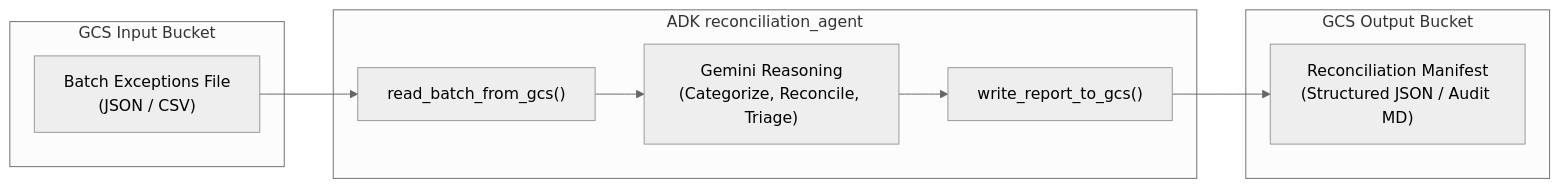
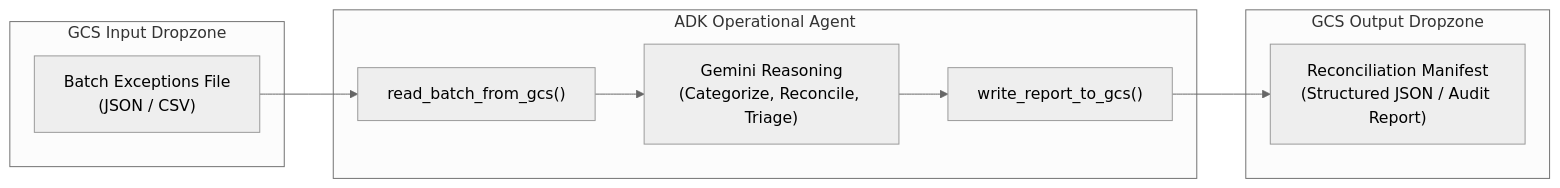
One commit to rodrigo-m/adk-sdlc changed the second of 2 diagrams in documentation/agent-example-rationale.md. Above: the diagram before and after it, drawn with Mermaid (neutral theme). The commit also changed other lines of this file and 56 other files, not shown here.

````diff
--- a/documentation/agent-example-rationale.md
+++ b/documentation/agent-example-rationale.md
@@ -18,18 +63,18 @@
 ```mermaid
 flowchart LR
-    subgraph StorageIn ["GCS Input Bucket"]
+    subgraph StorageIn ["GCS Input Dropzone"]
         RawBatch["Batch Exceptions File<br/>(JSON / CSV)"]
     end
 
-    subgraph AgentRuntime ["ADK reconciliation_agent"]
+    subgraph AgentRuntime ["ADK Operational Agent"]
         ToolRead["read_batch_from_gcs()"] --> LLM["Gemini Reasoning<br/>(Categorize, Reconcile, Triage)"]
         LLM --> ToolWrite["write_report_to_gcs()"]
     end
 
-    subgraph StorageOut ["GCS Output Bucket"]
-        OutputReport["Reconciliation Manifest<br/>(Structured JSON / Audit MD)"]
+    subgraph StorageOut ["GCS Output Dropzone"]
+        OutputReport["Reconciliation Manifest<br/>(Structured JSON / Audit Report)"]
     end
 
     RawBatch --> ToolRead
     ToolWrite --> OutputReport
 ```
````
